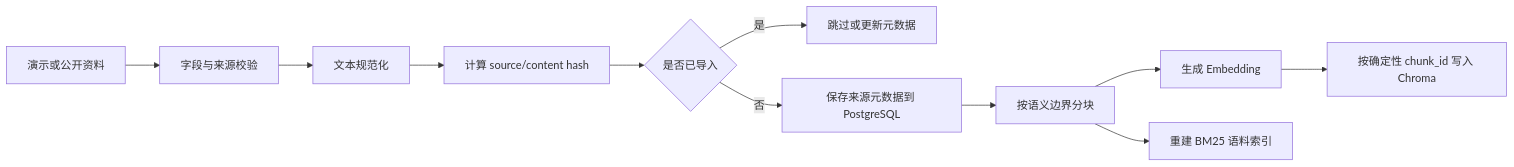
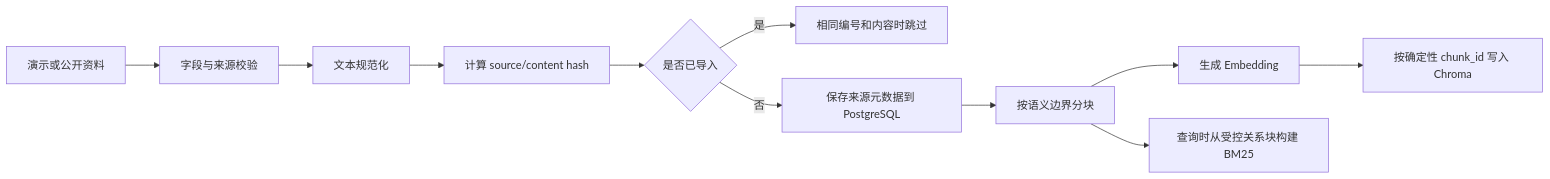
The sixth of 7 diagrams in docs/architecture.md (wenqin8/legalmind), drawn with Mermaid before and after one commit. The commit also changed other lines of this file and 48 other files, not shown here.

````diff
--- a/docs/architecture.md
+++ b/docs/architecture.md
@@ -188,13 +205,13 @@
 ```mermaid
 flowchart LR
     Raw[演示或公开资料] --> Validate[字段与来源校验]
     Validate --> Normalize[文本规范化]
     Normalize --> Hash[计算 source/content hash]
     Hash --> Dedup{是否已导入}
-    Dedup -->|是| Skip[跳过或更新元数据]
+    Dedup -->|是| Skip[相同编号和内容时跳过]
     Dedup -->|否| Persist[保存来源元数据到 PostgreSQL]
     Persist --> Chunk[按语义边界分块]
     Chunk --> Embed[生成 Embedding]
     Embed --> Upsert[按确定性 chunk_id 写入 Chroma]
-    Chunk --> Keyword[重建 BM25 语料索引]
+    Chunk --> Keyword[查询时从受控关系块构建 BM25]
 ```
````
